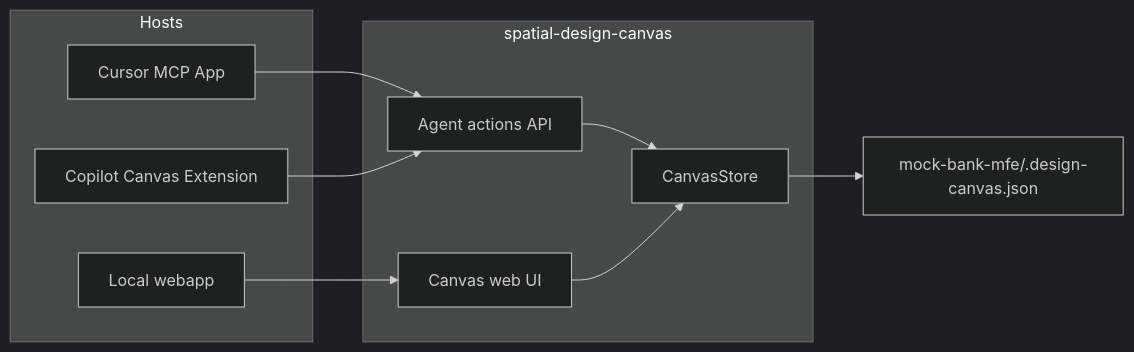
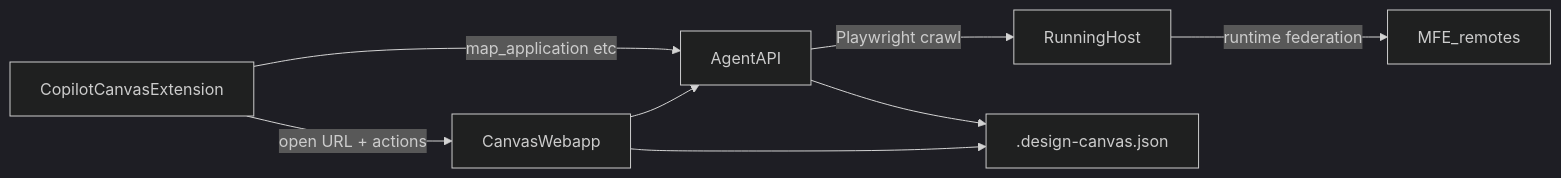
The diagram in PLAN.md (patrkjr/vista-canvas), drawn with Mermaid (dark theme) before and after one commit. The commit also changed other lines of this file and 40 other files, not shown here.

First line of the commit message:
Rename the canvas to Vista Canvas and ship runtime mapping.

````diff
--- a/PLAN.md
+++ b/PLAN.md
@@ -112,20 +70,16 @@
 ```mermaid
 flowchart LR
-  subgraph hosts [Hosts]
-    Browser[Local webapp]
-    McpApp[Cursor MCP App]
-    Copilot[Copilot Canvas Extension]
-  end
-  subgraph engine [spatial-design-canvas]
-    Actions[Agent actions API]
-    Store[CanvasStore]
-    UI[Canvas web UI]
-  end
-  Target["mock-bank-mfe/.design-canvas.json"]
-  Browser --> UI
-  McpApp --> Actions
-  Copilot --> Actions
-  Actions --> Store
-  UI --> Store
-  Store --> Target
+  Copilot[CopilotCanvasExtension]
+  UI[CanvasWebapp]
+  API[AgentAPI]
+  Host[RunningHost]
+  CDN[MFE_remotes]
+  Graph[".design-canvas.json"]
+  Copilot -->|"open URL + actions"| UI
+  Copilot -->|"map_application etc"| API
+  UI --> API
+  API -->|"Playwright crawl"| Host
+  Host -->|"runtime federation"| CDN
+  API --> Graph
+  UI --> Graph
 ```
````
